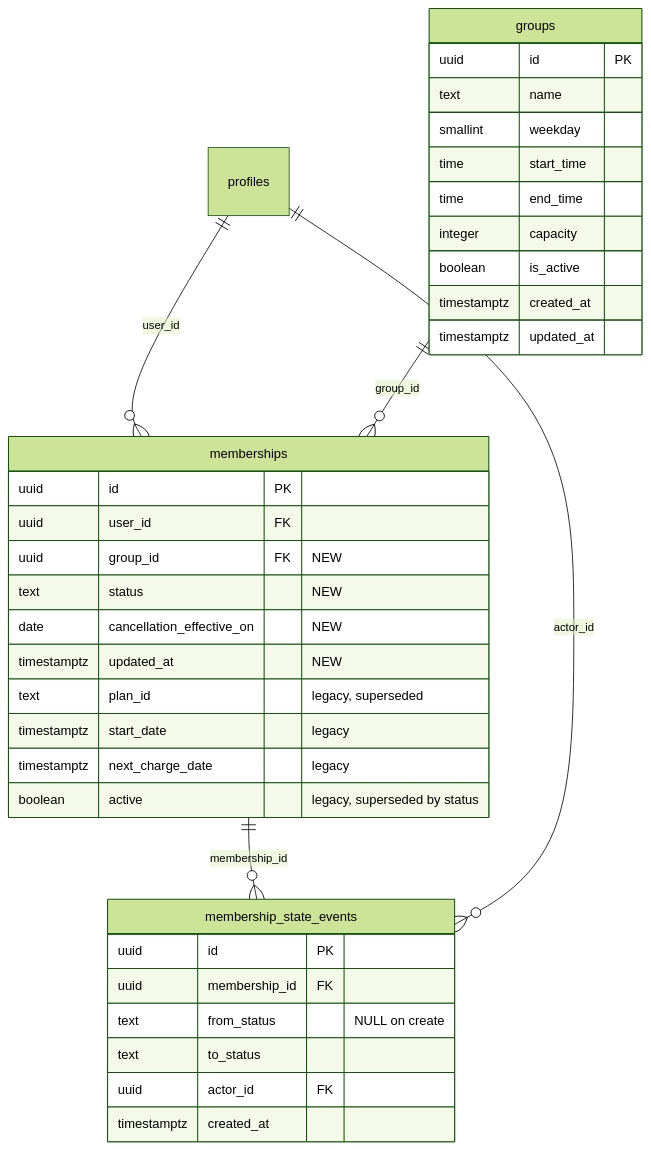
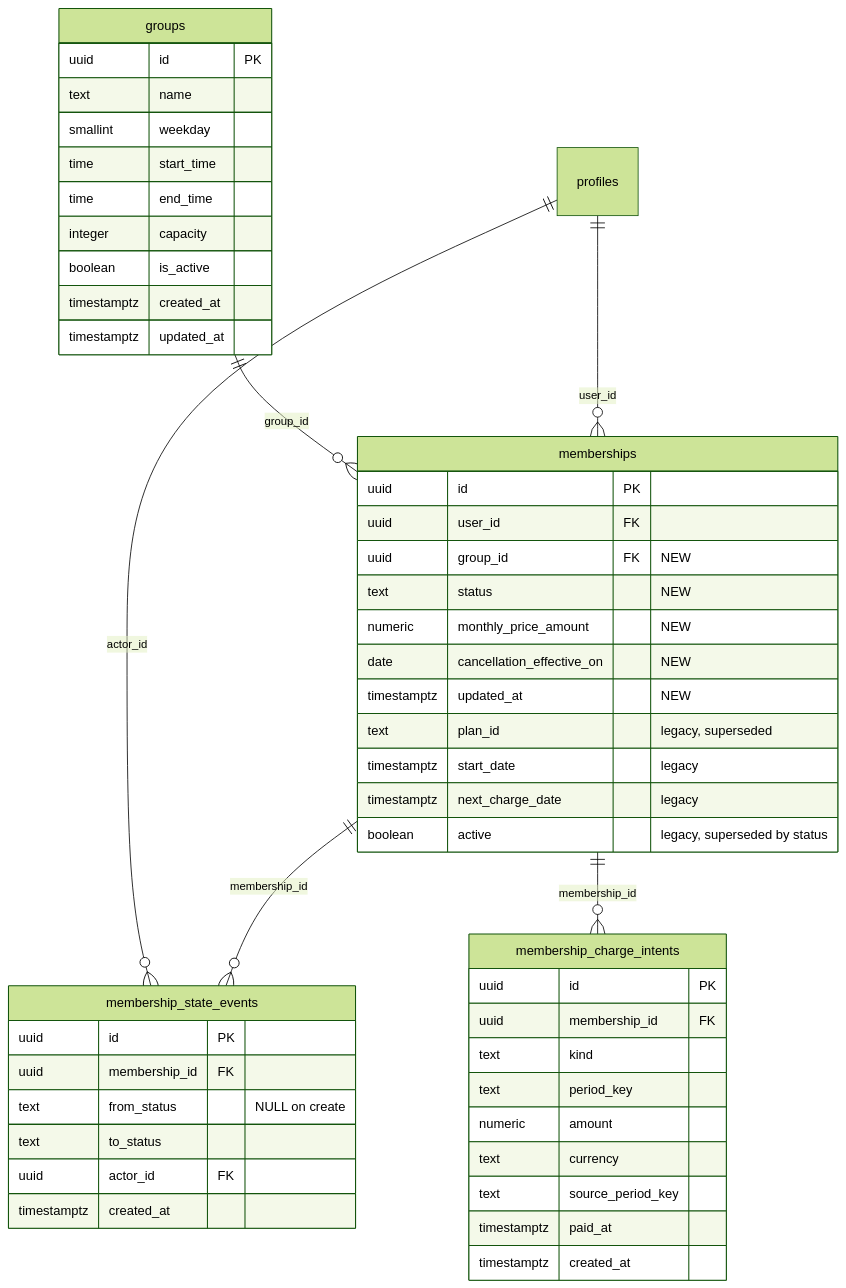
The first of 2 diagrams in specs/features/011-adult-memberships/data-model.md (AGCPadelAcademy/web_application), drawn with Mermaid (forest theme) before and after one commit. The commit also changed other lines of this file and 8 other files, not shown here.

````diff
--- a/specs/features/011-adult-memberships/data-model.md
+++ b/specs/features/011-adult-memberships/data-model.md
@@ -14,39 +14,52 @@
 ```mermaid
 erDiagram
     profiles ||--o{ memberships : "user_id"
     groups ||--o{ memberships : "group_id"
     memberships ||--o{ membership_state_events : "membership_id"
+    memberships ||--o{ membership_charge_intents : "membership_id"
     profiles ||--o{ membership_state_events : "actor_id"
 
     groups {
         uuid id PK
         text name
         smallint weekday
         time start_time
         time end_time
         integer capacity
         boolean is_active
         timestamptz created_at
         timestamptz updated_at
     }
     memberships {
         uuid id PK
         uuid user_id FK
         uuid group_id FK "NEW"
         text status "NEW"
+        numeric monthly_price_amount "NEW"
         date cancellation_effective_on "NEW"
         timestamptz updated_at "NEW"
         text plan_id "legacy, superseded"
         timestamptz start_date "legacy"
         timestamptz next_charge_date "legacy"
         boolean active "legacy, superseded by status"
     }
     membership_state_events {
         uuid id PK
         uuid membership_id FK
         text from_status "NULL on create"
         text to_status
         uuid actor_id FK
         timestamptz created_at
     }
+    membership_charge_intents {
+        uuid id PK
+        uuid membership_id FK
+        text kind
+        text period_key
+        numeric amount
+        text currency
+        text source_period_key
+        timestamptz paid_at
+        timestamptz created_at
+    }
 ```
````
